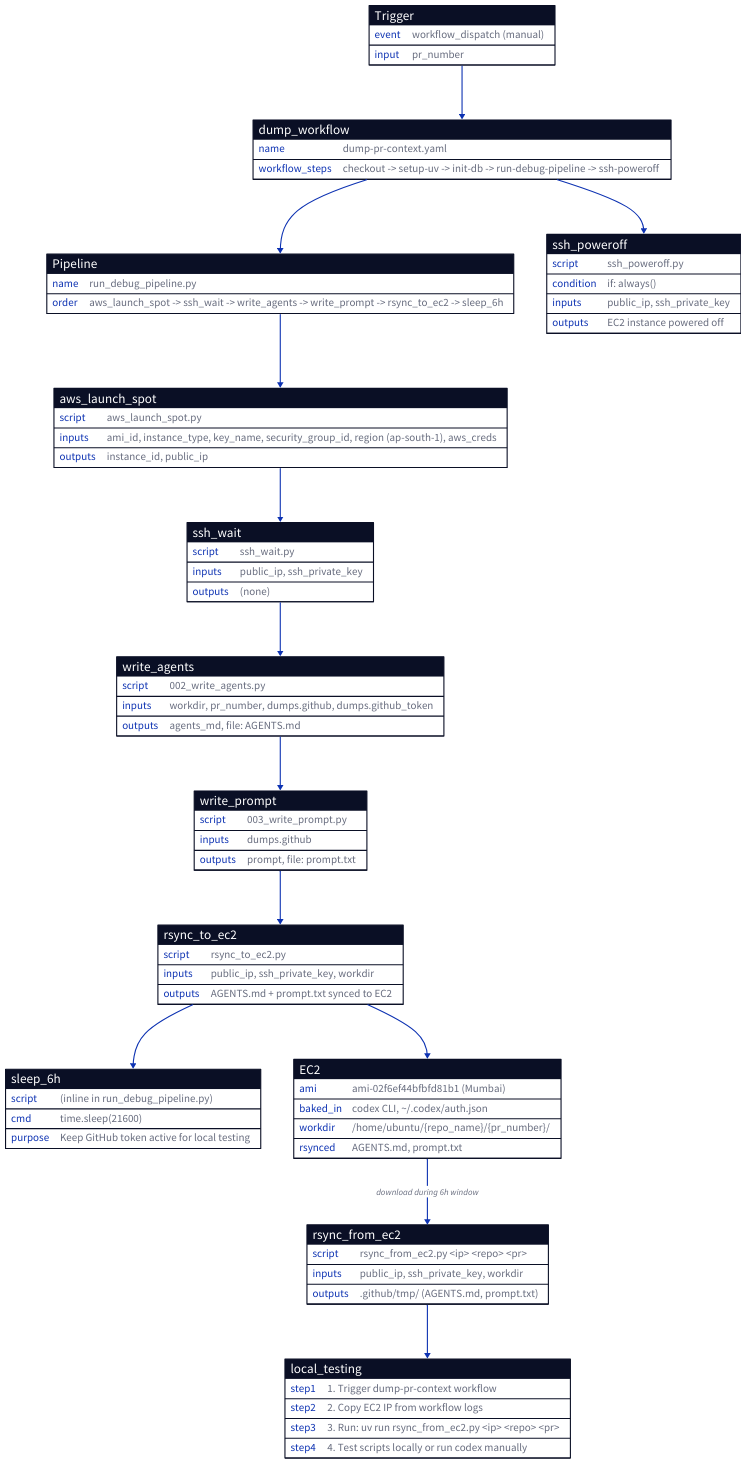
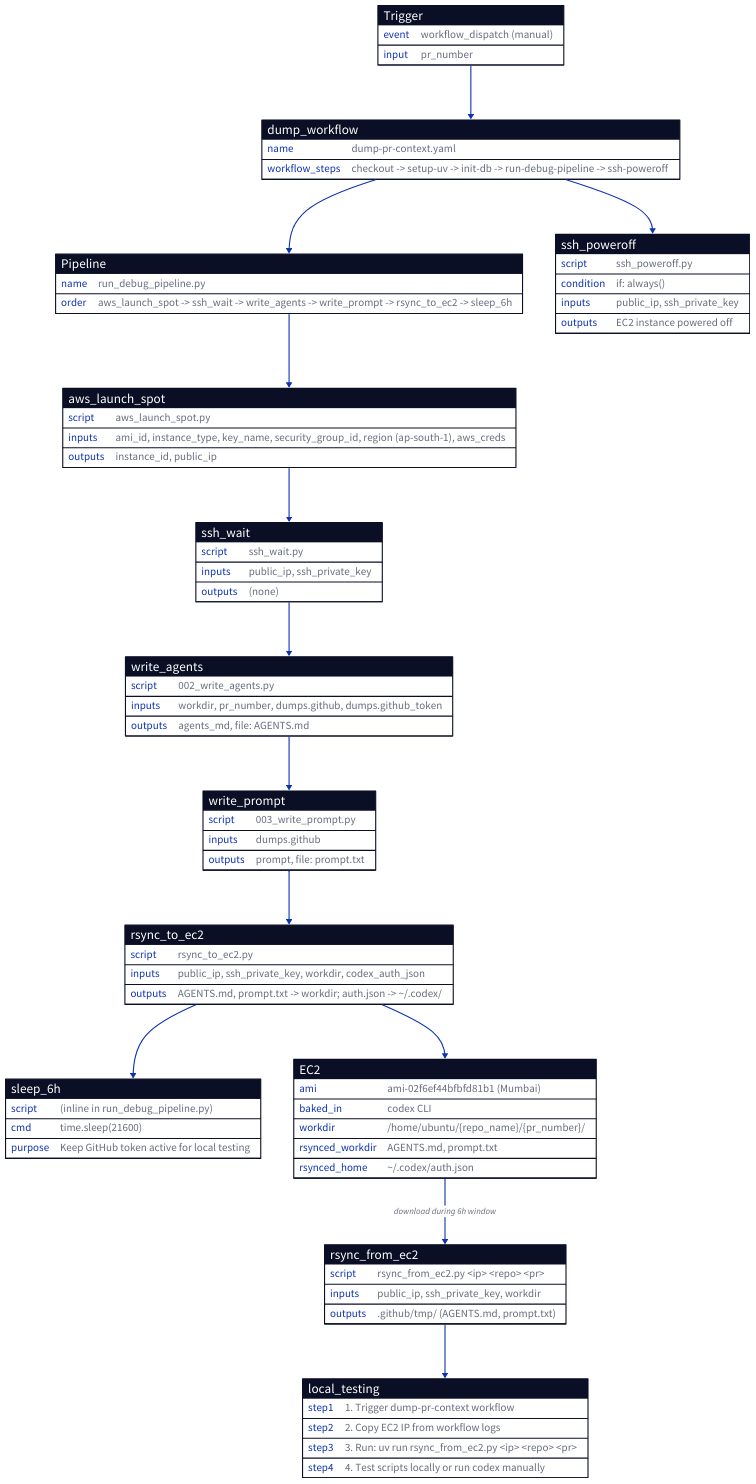
One commit to fossh/codex-code-review-poc1 changed the diagram in flow_diagrams/debug_flow.d2. Above: the diagram before and after it, drawn with D2. The commit also changed 3 other files, not shown here.

Commit message:
Add codex_auth_json to CODEX_CONFIG, rsync auth.json to ~/.codex/

```diff
--- a/flow_diagrams/debug_flow.d2
+++ b/flow_diagrams/debug_flow.d2
@@ -1,113 +1,114 @@
 direction: down
 
 # Debug/Local Testing Flow
 
 # Trigger
 Trigger: {
   shape: sql_table
   event: "workflow_dispatch (manual)"
   input: "pr_number"
 }
 
 # Dump Workflow
 dump_workflow: {
   shape: sql_table
   name: "dump-pr-context.yaml"
   workflow_steps: "checkout -> setup-uv -> init-db -> run-debug-pipeline -> ssh-poweroff"
 }
 
 Trigger -> dump_workflow
 
 # Debug Pipeline
 Pipeline: {
   shape: sql_table
   name: "run_debug_pipeline.py"
   order: "aws_launch_spot -> ssh_wait -> write_agents -> write_prompt -> rsync_to_ec2 -> sleep_6h"
 }
 
 aws_launch_spot: {
   shape: sql_table
   script: "aws_launch_spot.py"
   inputs: "ami_id, instance_type, key_name, security_group_id, region (ap-south-1), aws_creds"
   outputs: "instance_id, public_ip"
 }
 
 ssh_wait: {
   shape: sql_table
   script: "ssh_wait.py"
   inputs: "public_ip, ssh_private_key"
   outputs: "(none)"
 }
 
 write_agents: {
   shape: sql_table
   script: "002_write_agents.py"
   inputs: "workdir, pr_number, dumps.github, dumps.github_token"
   outputs: "agents_md, file: AGENTS.md"
 }
 
 write_prompt: {
   shape: sql_table
   script: "003_write_prompt.py"
   inputs: "dumps.github"
   outputs: "prompt, file: prompt.txt"
 }
 
 rsync_to_ec2: {
   shape: sql_table
   script: "rsync_to_ec2.py"
-  inputs: "public_ip, ssh_private_key, workdir"
-  outputs: "AGENTS.md + prompt.txt synced to EC2"
+  inputs: "public_ip, ssh_private_key, workdir, codex_auth_json"
+  outputs: "AGENTS.md, prompt.txt -> workdir; auth.json -> ~/.codex/"
 }
 
 sleep_6h: {
   shape: sql_table
   script: "(inline in run_debug_pipeline.py)"
   cmd: "time.sleep(21600)"
   purpose: "Keep GitHub token active for local testing"
 }
 
 ssh_poweroff: {
   shape: sql_table
   script: "ssh_poweroff.py"
   condition: "if: always()"
   inputs: "public_ip, ssh_private_key"
   outputs: "EC2 instance powered off"
 }
 
 dump_workflow -> Pipeline
 Pipeline -> aws_launch_spot -> ssh_wait -> write_agents -> write_prompt
 write_prompt -> rsync_to_ec2 -> sleep_6h
 dump_workflow -> ssh_poweroff
 
 # EC2 Instance (pre-baked AMI)
 EC2: {
   shape: sql_table
   ami: "ami-02f6ef44bfbfd81b1 (Mumbai)"
-  baked_in: "codex CLI, ~/.codex/auth.json"
+  baked_in: "codex CLI"
   workdir: "/home/ubuntu/{repo_name}/{pr_number}/"
-  rsynced: "AGENTS.md, prompt.txt"
+  rsynced_workdir: "AGENTS.md, prompt.txt"
+  rsynced_home: "~/.codex/auth.json"
 }
 
 rsync_to_ec2 -> EC2
 
 # Local Download
 rsync_from_ec2: {
   shape: sql_table
   script: "rsync_from_ec2.py <ip> <repo> <pr>"
   inputs: "public_ip, ssh_private_key, workdir"
   outputs: ".github/tmp/ (AGENTS.md, prompt.txt)"
 }
 
 EC2 -> rsync_from_ec2: "download during 6h window"
 
 # Local Testing Instructions
 local_testing: {
   shape: sql_table
   step1: "1. Trigger dump-pr-context workflow"
   step2: "2. Copy EC2 IP from workflow logs"
   step3: "3. Run: uv run rsync_from_ec2.py <ip> <repo> <pr>"
   step4: "4. Test scripts locally or run codex manually"
 }
 
 rsync_from_ec2 -> local_testing
```
